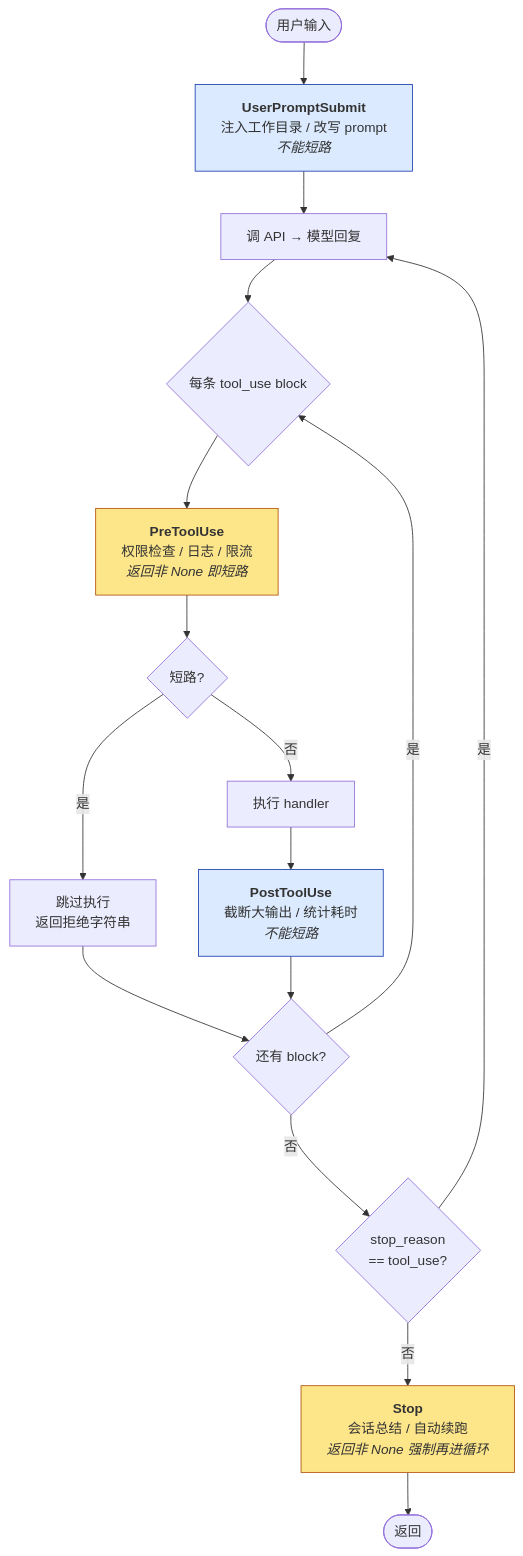
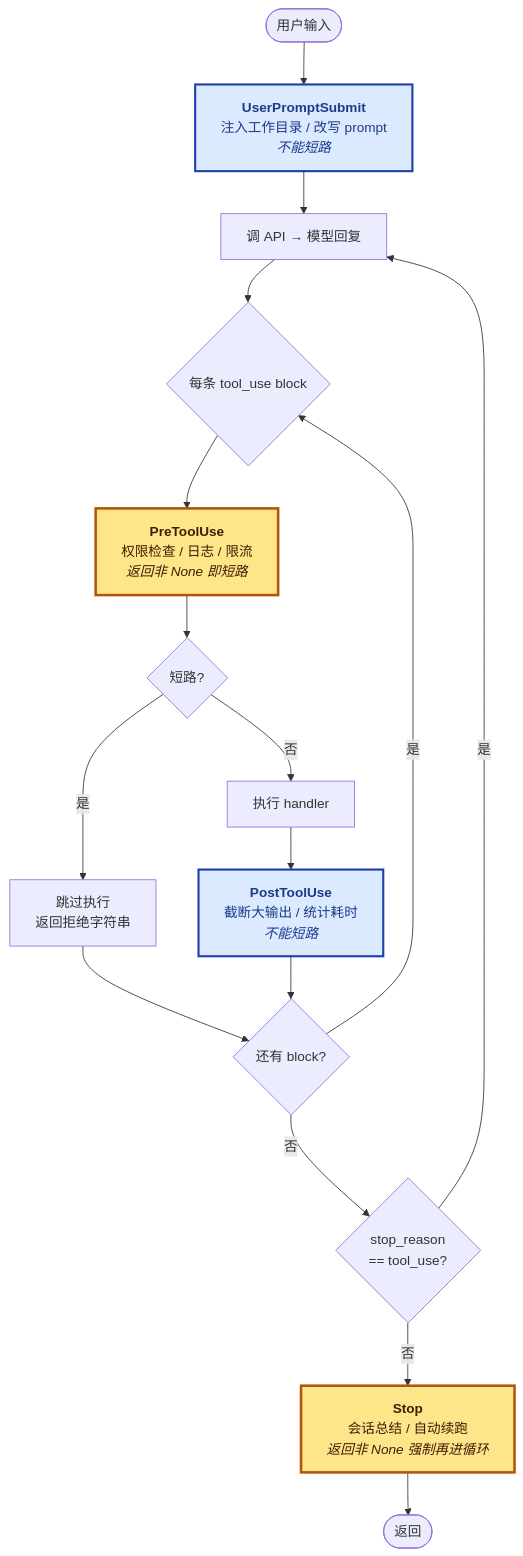
Before and after one commit to PyrePuin/From-Zero-LLM-Agent-Infra-Notes: the diagram in Agent/Harness/Claude Code/Phase 1 - 基础机制/04 - Hooks.md, drawn with Mermaid. The commit also changed 23 other files, not shown here.

First line of the commit message:
refactor(mermaid): 统一所有图的视觉规范

````diff
--- a/Agent/Harness/Claude Code/Phase 1 - 基础机制/04 - Hooks.md
+++ b/Agent/Harness/Claude Code/Phase 1 - 基础机制/04 - Hooks.md
@@ -66,23 +66,24 @@
 ```mermaid
+%%{init: {'themeVariables': {'fontSize': '16px', 'fontFamily': 'ui-sans-serif, system-ui, -apple-system, "Segoe UI", Roboto, sans-serif'}}}%%
 flowchart TD
     U([用户输入]) --> H1["<b>UserPromptSubmit</b><br/>注入工作目录 / 改写 prompt<br/><i>不能短路</i>"]
     H1 --> Loop["调 API → 模型回复"]
     Loop --> Iter{每条 tool_use block}
     Iter --> H2["<b>PreToolUse</b><br/>权限检查 / 日志 / 限流<br/><i>返回非 None 即短路</i>"]
     H2 --> Decision{短路?}
     Decision -->|是| Skip["跳过执行<br/>返回拒绝字符串"]
     Decision -->|否| Exec["执行 handler"]
     Exec --> H3["<b>PostToolUse</b><br/>截断大输出 / 统计耗时<br/><i>不能短路</i>"]
     Skip --> Next{还有 block?}
     H3 --> Next
     Next -->|是| Iter
     Next -->|否| Check{stop_reason<br/>== tool_use?}
     Check -->|是| Loop
     Check -->|否| H4["<b>Stop</b><br/>会话总结 / 自动续跑<br/><i>返回非 None 强制再进循环</i>"]
     H4 --> End([返回])
 
-    style H1 fill:#dbeafe,stroke:#1e40af
-    style H2 fill:#fde68a,stroke:#b45309
-    style H3 fill:#dbeafe,stroke:#1e40af
-    style H4 fill:#fde68a,stroke:#b45309
+    style H1 fill:#dbeafe,stroke:#1e40af,stroke-width:2.5px,color:#1e3a8a
+    style H2 fill:#fde68a,stroke:#b45309,stroke-width:3px,color:#451a03
+    style H3 fill:#dbeafe,stroke:#1e40af,stroke-width:2.5px,color:#1e3a8a
+    style H4 fill:#fde68a,stroke:#b45309,stroke-width:3px,color:#451a03
 ```
````
